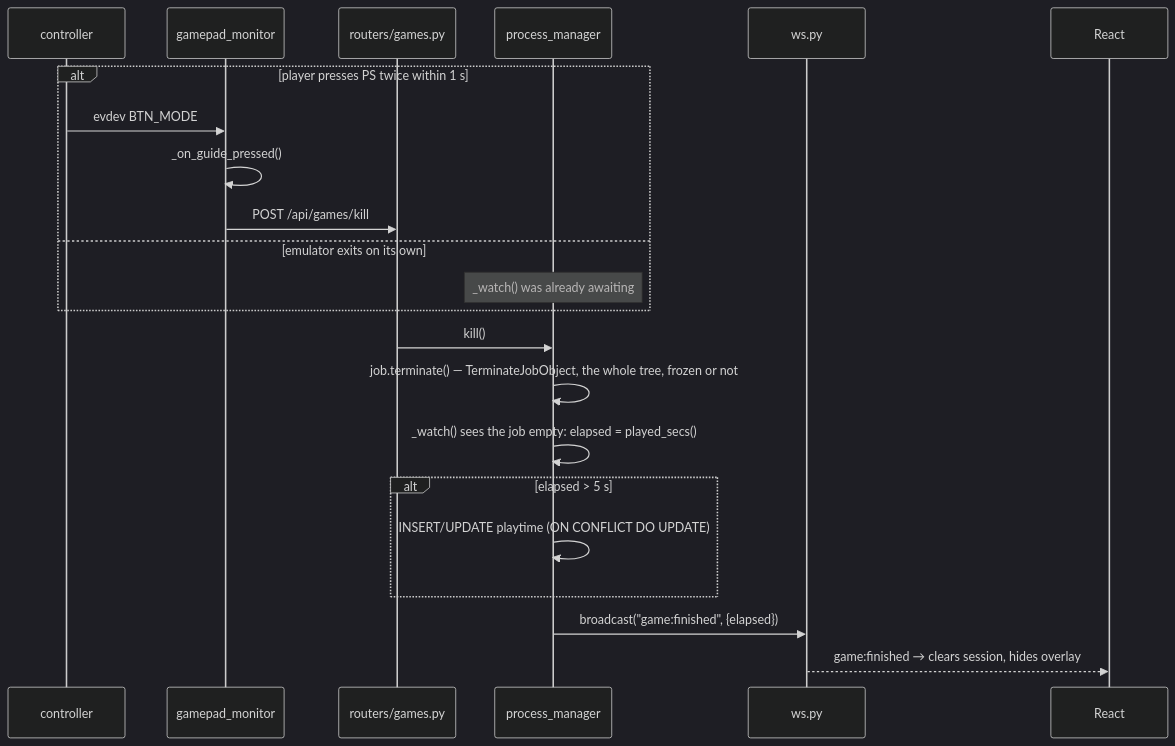
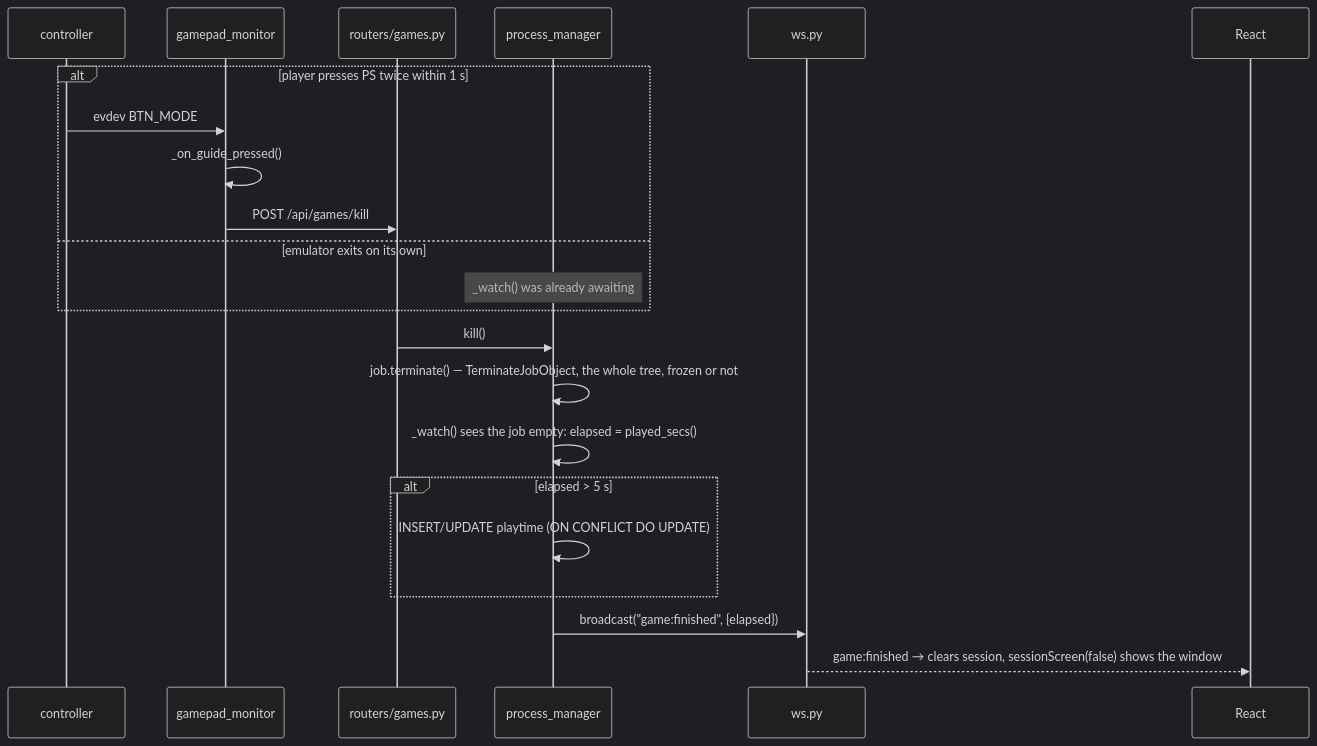
Before and after one commit to p4v1c/GamecoreWindows: the second of 9 diagrams in docs/architecture/02-request-flows.md, drawn with Mermaid (dark theme). The commit also changed other lines of this file and 72 other files, not shown here.

````diff
--- a/docs/architecture/02-request-flows.md
+++ b/docs/architecture/02-request-flows.md
@@ -51,25 +46,25 @@
 ```mermaid
 sequenceDiagram
     participant pad as controller
     participant gm as gamepad_monitor
     participant r as routers/games.py
     participant pm as process_manager
     participant ws as ws.py
     participant ui as React
 
     alt player presses PS twice within 1 s
         pad->>gm: evdev BTN_MODE
         gm->>gm: _on_guide_pressed()
         gm->>r: POST /api/games/kill
     else emulator exits on its own
         Note over pm: _watch() was already awaiting
     end
     r->>pm: kill()
     pm->>pm: job.terminate() — TerminateJobObject, the whole tree, frozen or not
     pm->>pm: _watch() sees the job empty: elapsed = played_secs()
     alt elapsed > 5 s
         pm->>pm: INSERT/UPDATE playtime (ON CONFLICT DO UPDATE)
     end
     pm->>ws: broadcast("game:finished", {elapsed})
-    ws-->>ui: game:finished → clears session, hides overlay
+    ws-->>ui: game:finished → clears session, sessionScreen(false) shows the window
 ```
````
